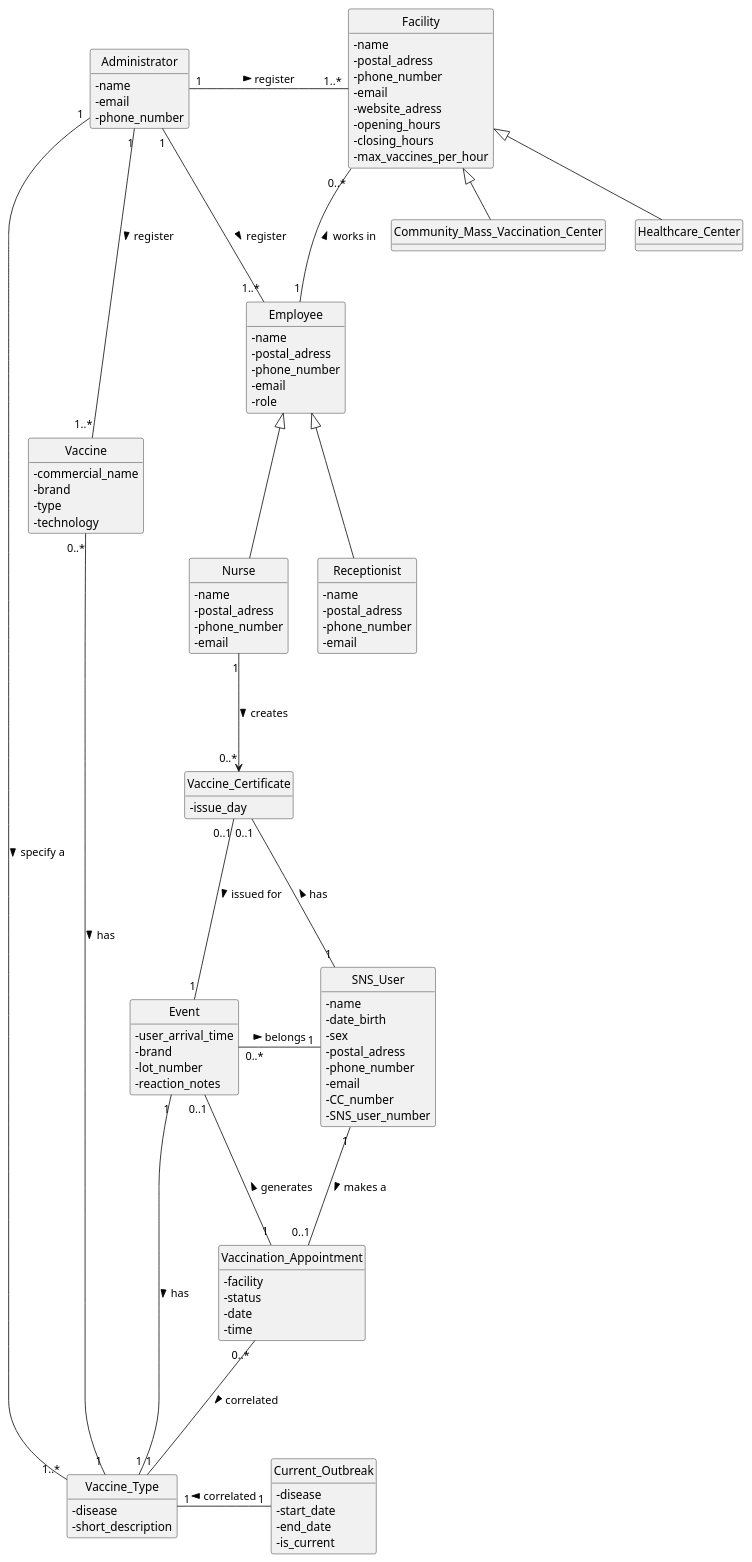
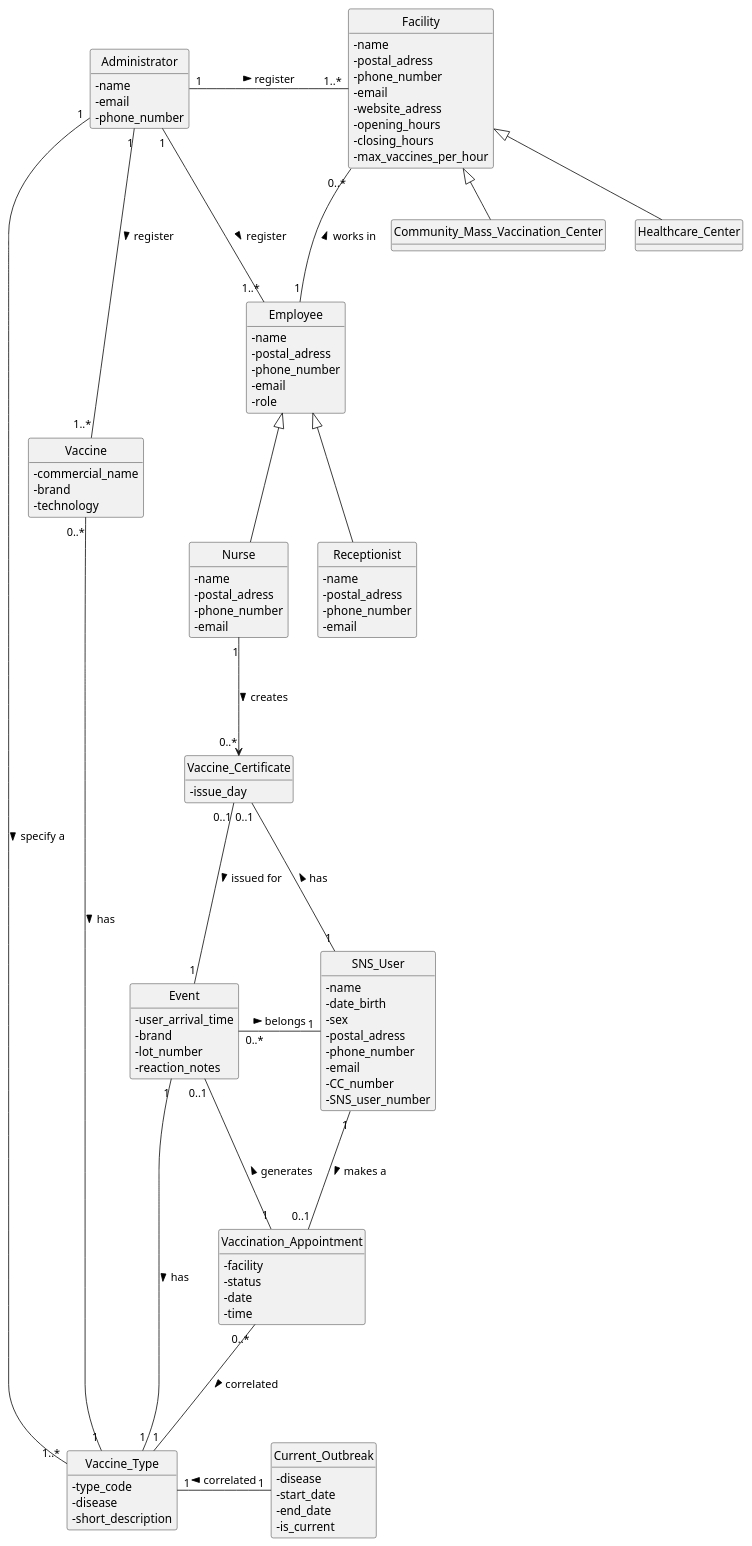
One commit to Parafita123/leti-esoft-25-26-B1 changed the diagram in docs/Sprint2/system-documentation/global-artifacts/puml/DM.puml. Above: the diagram before and after it, drawn with PlantUML. The commit also changed 32 other files, not shown here.

```diff
--- a/docs/Sprint2/system-documentation/global-artifacts/puml/DM.puml
+++ b/docs/Sprint2/system-documentation/global-artifacts/puml/DM.puml
@@ -1,146 +1,146 @@
 @startuml
 'https://plantuml.com/class-diagram
 skinparam classAttributeIconSize 0
 hide circle
 hide methods
 
 
 
 class Vaccine {
     - commercial_name
     - brand
-    - type
     - technology
 }
 
 class Vaccine_Type {
+    - type_code
     - disease
     - short_description
 }
 
 class Facility {
     - name
     - postal_adress
     - phone_number
     - email
     - website_adress
     - opening_hours
     - closing_hours
     - max_vaccines_per_hour
 }
 
 class Employee {
     - name
     - postal_adress
     - phone_number
     - email
     - role
 }
 
 
 class SNS_User {
     - name
     - date_birth
     - sex
     - postal_adress
     - phone_number
     - email
     - CC_number
     - SNS_user_number
 }
 
 
 
 class Vaccination_Appointment {
     - facility
     - status
     - date
     - time
 }
 
 class Current_Outbreak {
     - disease
     - start_date
     - end_date
     - is_current
 }
 
 class Community_Mass_Vaccination_Center {
 }
 
 class Healthcare_Center {
 }
 
 class Nurse {
     - name
     - postal_adress
     - phone_number
     - email
 }
 
 class Receptionist {
     - name
     - postal_adress
     - phone_number
     - email
 }
 
 class Event {
     - user_arrival_time
     - brand
     - lot_number
     - reaction_notes
 }
 
 class Administrator {
     - name
     - email
     - phone_number
 }
 
 class Vaccine_Certificate {
     - issue_day
 }
 
 Employee <|-- Nurse
 Employee <|-- Receptionist
 
 Facility <|-- Community_Mass_Vaccination_Center
 Facility <|-- Healthcare_Center
 
 Employee "1" -up-- "0..*" Facility : works in >
 
 Administrator "1" -right-- "1..*" Employee: register >
 
 Administrator "1" -down-- "1..*" Vaccine: register >
 
 Administrator "1" -right-- "1..*" Facility: register >
 
 Administrator "1" -down-- "1..*" Vaccine_Type: specify a >
 
 SNS_User "1" -down-- "0..1" Vaccination_Appointment: makes a >
 
 
 
 Current_Outbreak "1" -left-- "1" Vaccine_Type: correlated >
 
 Vaccine "0..*" -right-- "1" Vaccine_Type: has >
 
 Nurse "1" -down--> "0..*" Vaccine_Certificate: creates >
 
 Vaccine_Certificate "0..1" -down-- "1" Event: issued for >
 
 Vaccination_Appointment "0..*" -down-- "1" Vaccine_Type: correlated >
 
 Vaccination_Appointment "1" -up-- "0..1" Event: generates >
 
 Event "0..*" -right-- "1" SNS_User: belongs >
 
 Event "1" -down-- "1" Vaccine_Type:has >
 
 SNS_User "1"  -left-- "0..1" Vaccine_Certificate: has >
 
 
 
 
 @enduml
```
